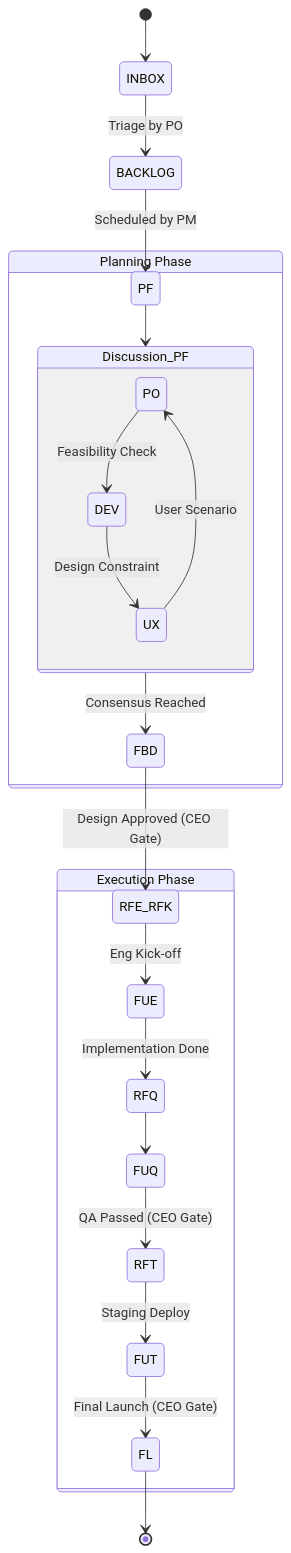
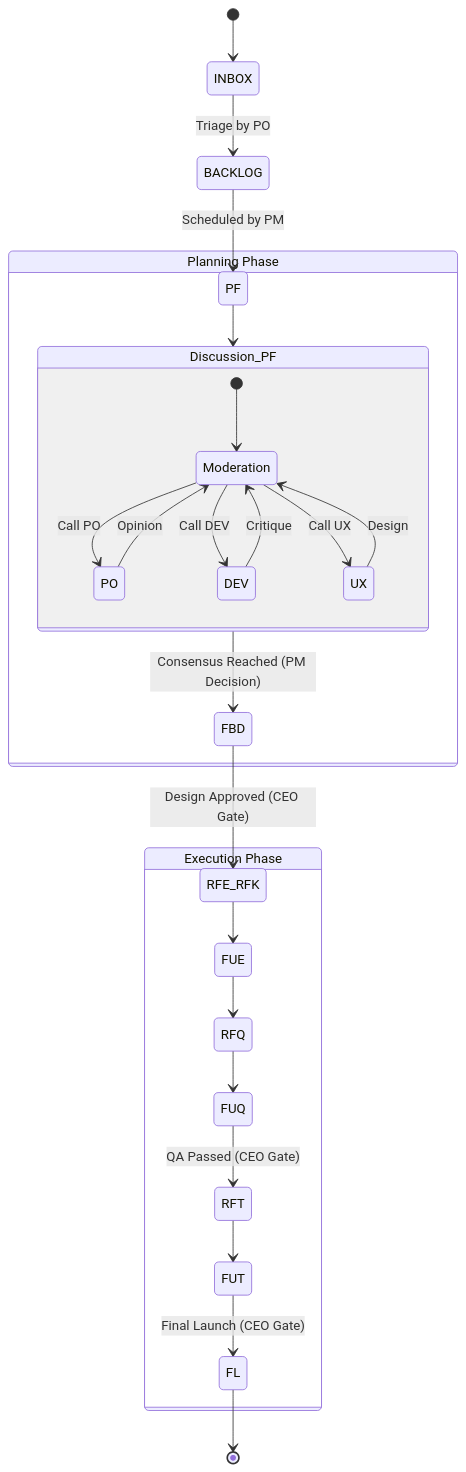
One commit to KyleL22/yuna-openclaw changed the third of 4 diagrams in docs/core/process/SYSTEM_DESIGN_V1_0.md. Above: the diagram before and after it, drawn with Mermaid. The commit also changed other lines of this file, not shown here.

Commit message:
Docs: Finalize System Design v14.1 (Active Moderator & Star Topology)

````diff
--- a/docs/core/process/SYSTEM_DESIGN_V1_0.md
+++ b/docs/core/process/SYSTEM_DESIGN_V1_0.md
@@ -197,28 +202,32 @@
 ```mermaid
 stateDiagram-v2
     [*] --> INBOX
     INBOX --> BACKLOG : Triage by PO
     BACKLOG --> PF : Scheduled by PM
 
     state "Planning Phase" as Planning {
         PF --> Discussion_PF
         state Discussion_PF {
-             PO --> DEV : Feasibility Check
-             DEV --> UX : Design Constraint
-             UX --> PO : User Scenario
+             [*] --> Moderation
+             Moderation --> PO : Call PO
+             Moderation --> DEV : Call DEV
+             Moderation --> UX : Call UX
+             PO --> Moderation : Opinion
+             DEV --> Moderation : Critique
+             UX --> Moderation : Design
         }
-        Discussion_PF --> FBD : Consensus Reached
+        Discussion_PF --> FBD : Consensus Reached (PM Decision)
         FBD --> RFE_RFK : Design Approved (CEO Gate)
     }
 
     state "Execution Phase" as Execution {
-        RFE_RFK --> FUE : Eng Kick-off
-        FUE --> RFQ : Implementation Done
+        RFE_RFK --> FUE
+        FUE --> RFQ
         RFQ --> FUQ
         FUQ --> RFT : QA Passed (CEO Gate)
-        RFT --> FUT : Staging Deploy
+        RFT --> FUT
         FUT --> FL : Final Launch (CEO Gate)
     }
     
     FL --> [*]
 ```
````
